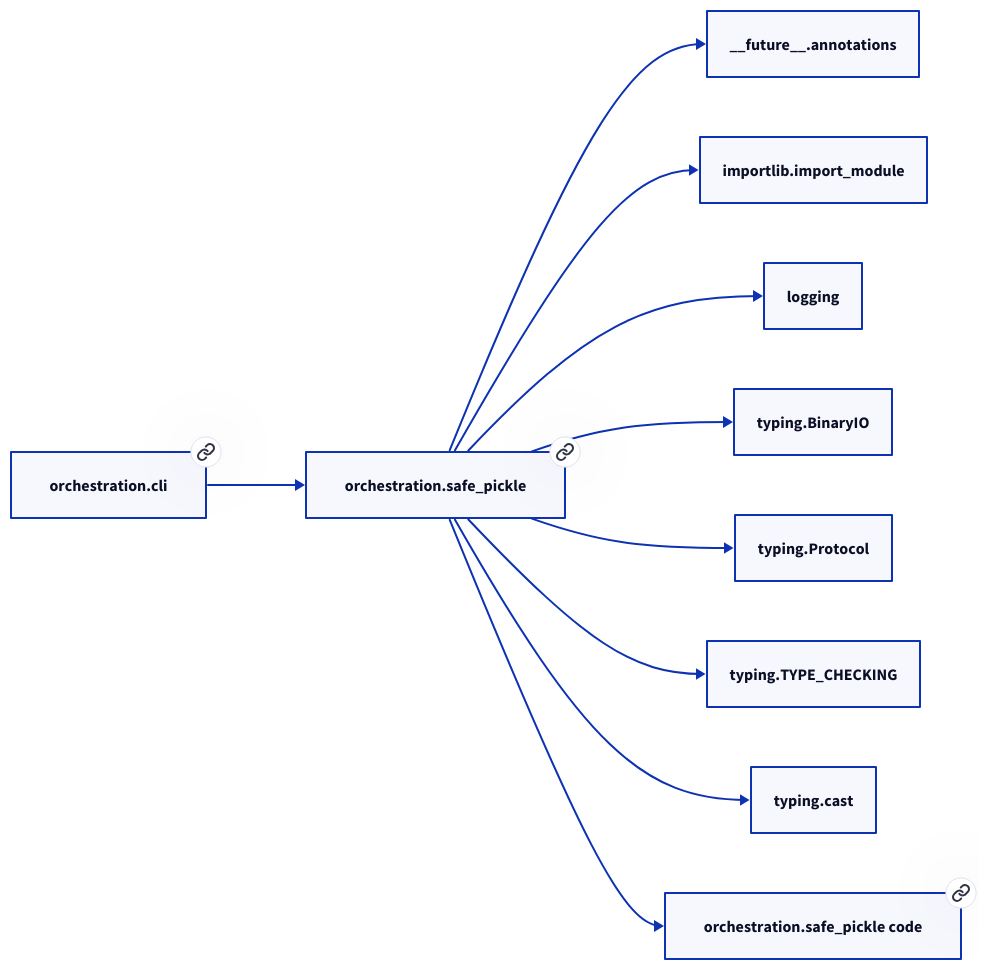
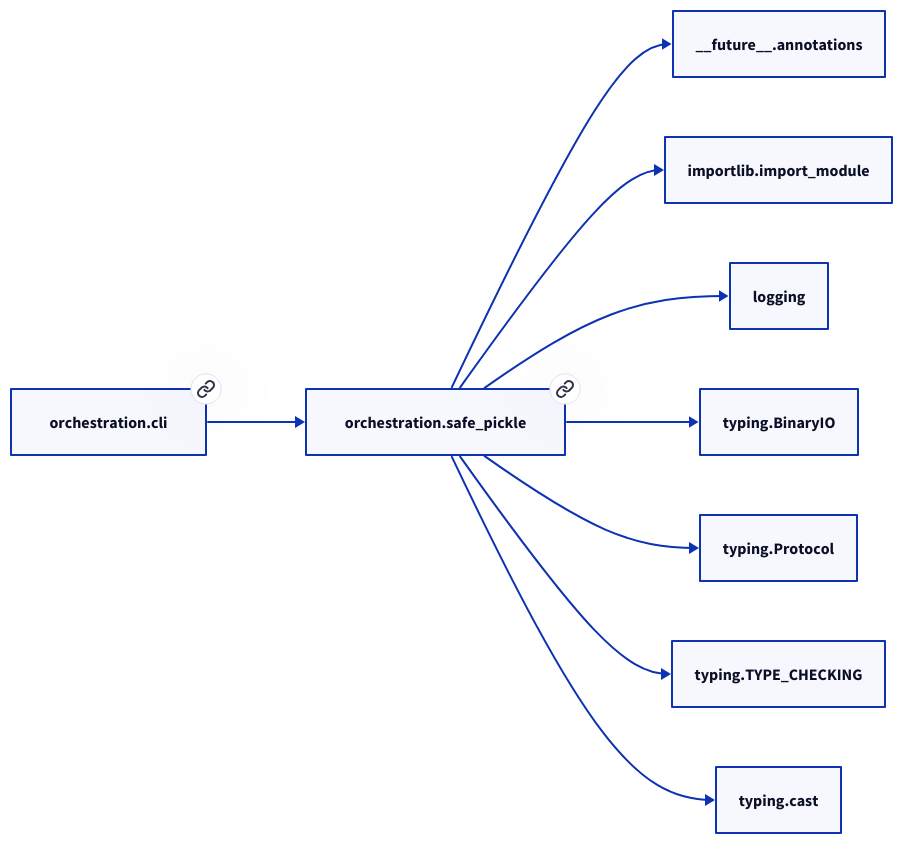
The second of 2 diagrams in docs/modules/orchestration/safe_pickle.md (paul-heyse/kgforge), drawn with D2 before and after one commit. The commit also changed other lines of this file and 118 other files, not shown here.

````diff
--- a/docs/modules/orchestration/safe_pickle.md
+++ b/docs/modules/orchestration/safe_pickle.md
@@ -98,22 +96,20 @@
 ```d2
 direction: right
-"orchestration.safe_pickle": "orchestration.safe_pickle" { link: "./orchestration/safe_pickle.md" }
+"orchestration.safe_pickle": "orchestration.safe_pickle" { link: "safe_pickle.md" }
 "__future__.annotations": "__future__.annotations"
 "orchestration.safe_pickle" -> "__future__.annotations"
 "importlib.import_module": "importlib.import_module"
 "orchestration.safe_pickle" -> "importlib.import_module"
 "logging": "logging"
 "orchestration.safe_pickle" -> "logging"
 "typing.BinaryIO": "typing.BinaryIO"
 "orchestration.safe_pickle" -> "typing.BinaryIO"
 "typing.Protocol": "typing.Protocol"
 "orchestration.safe_pickle" -> "typing.Protocol"
 "typing.TYPE_CHECKING": "typing.TYPE_CHECKING"
 "orchestration.safe_pickle" -> "typing.TYPE_CHECKING"
 "typing.cast": "typing.cast"
 "orchestration.safe_pickle" -> "typing.cast"
-"orchestration.cli": "orchestration.cli" { link: "./orchestration/cli.md" }
+"orchestration.cli": "orchestration.cli" { link: "cli.md" }
 "orchestration.cli" -> "orchestration.safe_pickle"
-"orchestration.safe_pickle_code": "orchestration.safe_pickle code" { link: "https://github.com/kgfoundry/kgfoundry/blob/main/src/orchestration/safe_pickle.py" }
-"orchestration.safe_pickle" -> "orchestration.safe_pickle_code" { style: dashed }
 ```
````
